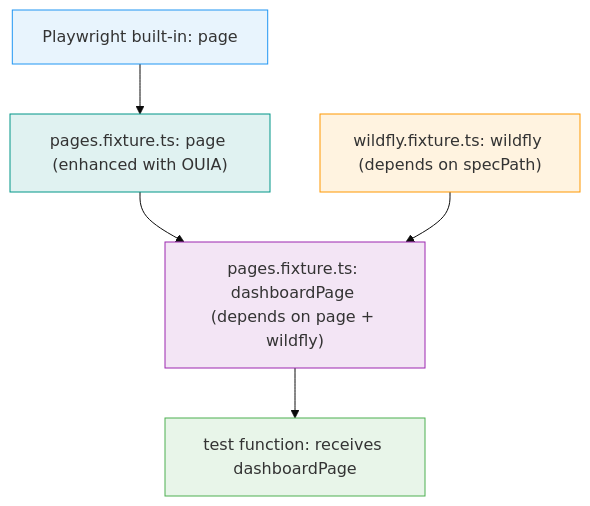
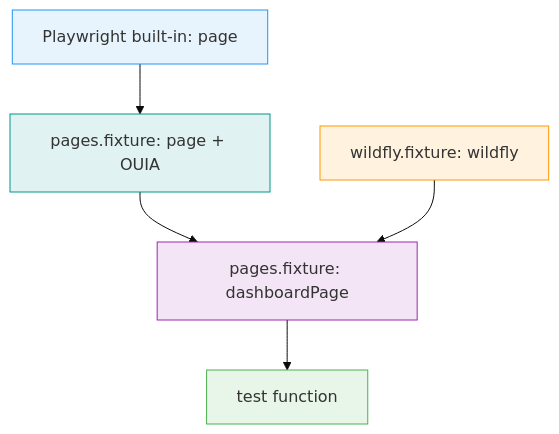
The third of 3 diagrams in docs/fixtures.md (hal/dave), drawn with Mermaid (base theme) before and after one commit. The commit also changed other lines of this file and 4 other files, not shown here.

First line of the commit message:
fix: improve Mermaid diagram readability and styling

````diff
--- a/docs/fixtures.md
+++ b/docs/fixtures.md
@@ -252,17 +240,17 @@
 ```mermaid
 flowchart TB
     pw["Playwright built-in: page"]
-    ouia["pages.fixture.ts: page (enhanced with OUIA)"]
-    wf["wildfly.fixture.ts: wildfly (depends on specPath)"]
-    dp["pages.fixture.ts: dashboardPage (depends on page + wildfly)"]
-    test["test function: receives dashboardPage"]
+    ouia["pages.fixture: page + OUIA"]
+    wf["wildfly.fixture: wildfly"]
+    dp["pages.fixture: dashboardPage"]
+    test["test function"]
 
     pw --> ouia --> dp
     wf --> dp --> test
 
     style pw fill:#e8f4fd,stroke:#2196f3
     style ouia fill:#e0f2f1,stroke:#009688
     style wf fill:#fff3e0,stroke:#ff9800
     style dp fill:#f3e5f5,stroke:#9c27b0
     style test fill:#e8f5e9,stroke:#4caf50
 ```
````
